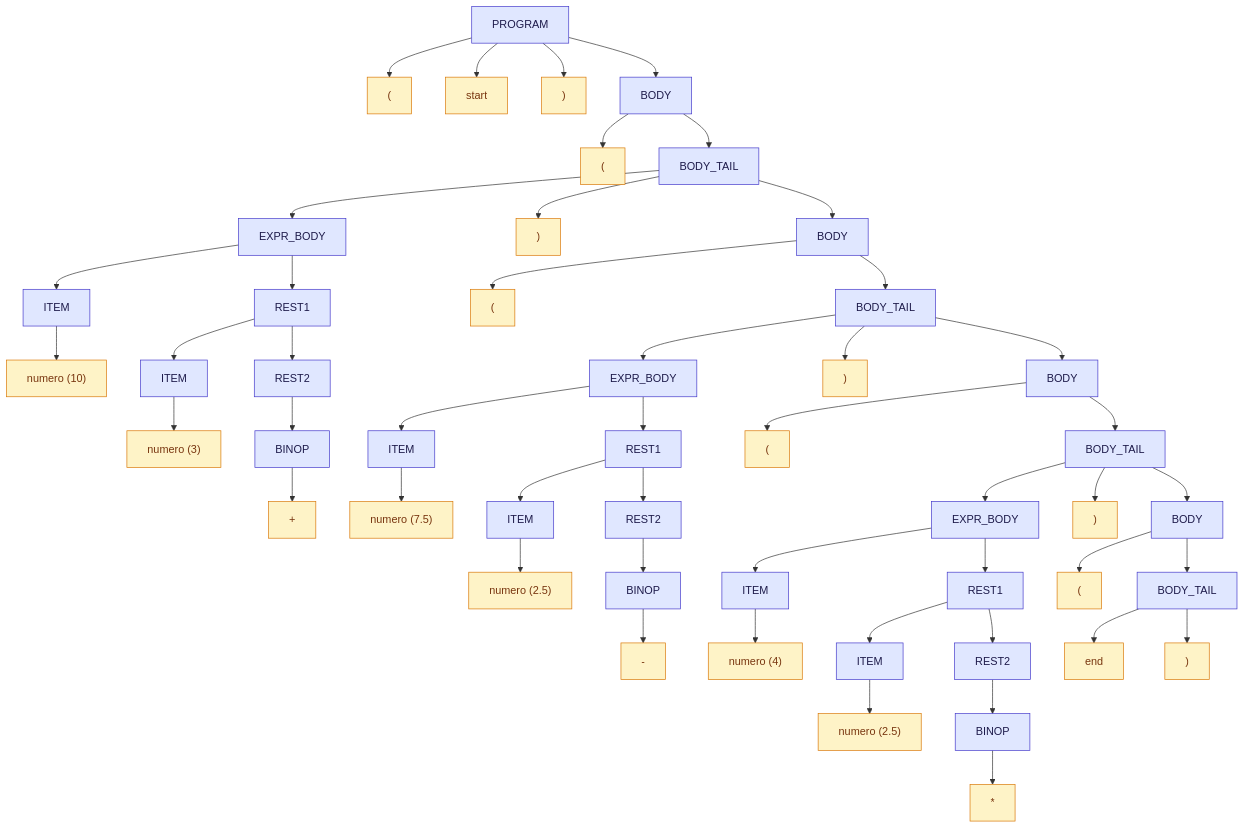
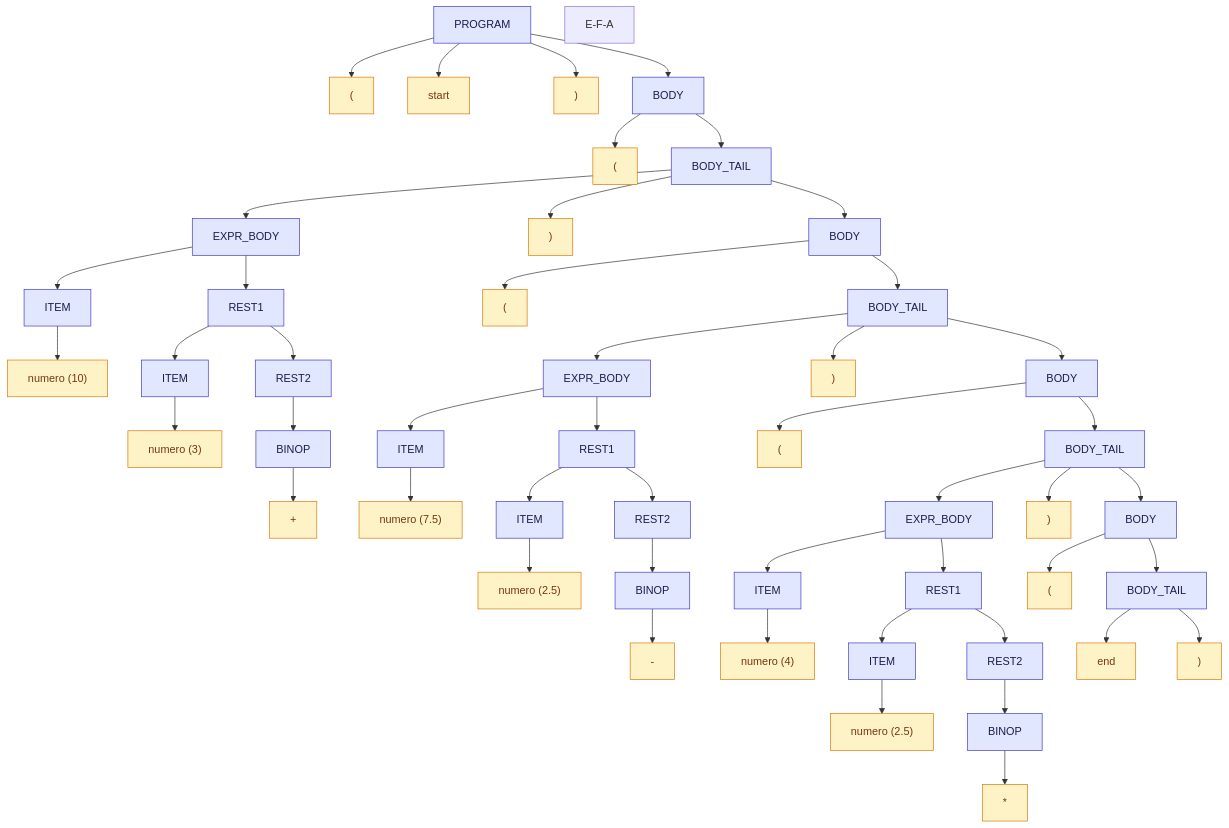
One commit to Tuizones/RA2_9 changed the fourth of 4 diagrams in README.md. Above: the diagram before and after it, drawn with Mermaid. The commit also changed other lines of this file, not shown here.

````diff
--- a/README.md
+++ b/README.md
@@ -1170,59 +1170,60 @@
 ```mermaid
 graph TD
     PROGRAM["PROGRAM"] --> LP0["("]
     PROGRAM --> ST["start"]
     PROGRAM --> RP0[")"]
     PROGRAM --> BODY1["BODY"]
 
     BODY1 --> LP1["("]
     BODY1 --> BT1["BODY_TAIL"]
     BT1 --> EB1["EXPR_BODY"]
     BT1 --> RP1[")"]
     BT1 --> BODY2["BODY"]
     EB1 --> I1["ITEM"]
     EB1 --> R1["REST1"]
     I1 --> N10["numero (10)"]
     R1 --> I1b["ITEM"]
     R1 --> R1b["REST2"]
     I1b --> N3["numero (3)"]
     R1b --> B1["BINOP"]
     B1 --> OP1["+"]
 
     BODY2 --> LP2["("]
     BODY2 --> BT2["BODY_TAIL"]
     BT2 --> EB2["EXPR_BODY"]
     BT2 --> RP2[")"]
+    E-F-A 
     BT2 --> BODY3["BODY"]
     EB2 --> I2["ITEM"]
     EB2 --> R2["REST1"]
     I2 --> N75["numero (7.5)"]
     R2 --> I2b["ITEM"]
     R2 --> R2b["REST2"]
     I2b --> N25["numero (2.5)"]
     R2b --> B2["BINOP"]
     B2 --> OP2["-"]
 
     BODY3 --> LP3["("]
     BODY3 --> BT3["BODY_TAIL"]
     BT3 --> EB3["EXPR_BODY"]
     BT3 --> RP3[")"]
     BT3 --> BODY4["BODY"]
     EB3 --> I3["ITEM"]
     EB3 --> R3["REST1"]
     I3 --> N4["numero (4)"]
     R3 --> I3b["ITEM"]
     R3 --> R3b["REST2"]
     I3b --> N25b["numero (2.5)"]
     R3b --> B3["BINOP"]
     B3 --> OP3["*"]
 
     BODY4 --> LP4["("]
     BODY4 --> BT4["BODY_TAIL"]
     BT4 --> ED["end"]
     BT4 --> RP4[")"]
 
     classDef nt fill:#e0e7ff,stroke:#4338ca,color:#1e1b4b
     classDef term fill:#fef3c7,stroke:#d97706,color:#78350f
     class PROGRAM,BODY1,BODY2,BODY3,BODY4,BT1,BT2,BT3,BT4,EB1,EB2,EB3,I1,I1b,I2,I2b,I3,I3b,R1,R1b,R2,R2b,R3,R3b,B1,B2,B3 nt
     class LP0,RP0,ST,LP1,RP1,LP2,RP2,LP3,RP3,LP4,RP4,ED,N10,N3,N75,N25,N4,N25b,OP1,OP2,OP3 term
 ```
````
